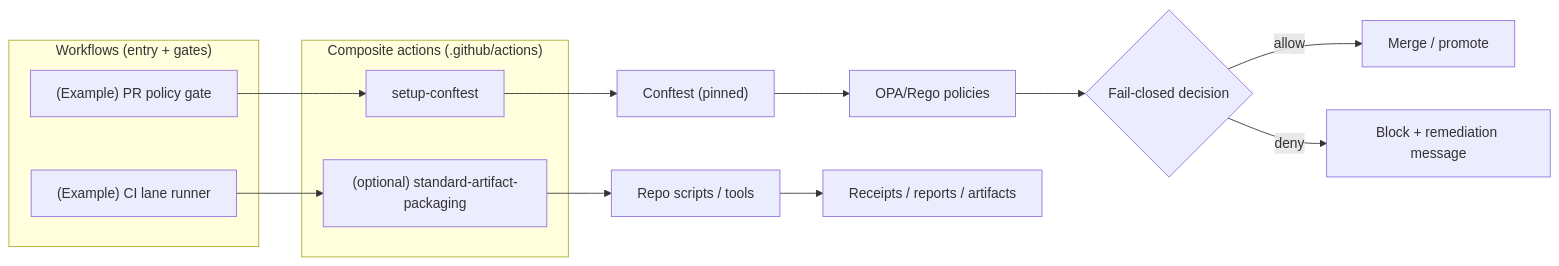
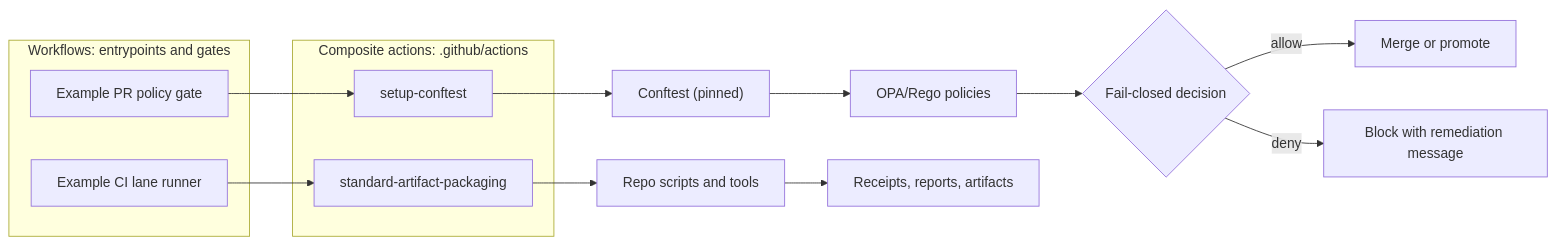
Before and after one commit to bartytime4life/Kansas-Frontier-Matrix: the diagram in .github/actions/README.md, drawn with Mermaid. The commit also changed other lines of this file, not shown here.

First line of the commit message:
Revise README.md for GitHub actions updates

````diff
--- a/.github/actions/README.md
+++ b/.github/actions/README.md
@@ -95,19 +99,19 @@
 ```mermaid
 flowchart LR
-  subgraph WF["Workflows (entry + gates)"]
-    W1["(Example) CI lane runner"]
-    W2["(Example) PR policy gate"]
+  subgraph WF["Workflows: entrypoints and gates"]
+    W1["Example CI lane runner"]
+    W2["Example PR policy gate"]
   end
 
-  subgraph ACT["Composite actions (.github/actions)"]
+  subgraph ACT["Composite actions: .github/actions"]
     A1["setup-conftest"]
-    A2["(optional) standard-artifact-packaging"]
+    A2["standard-artifact-packaging"]
   end
 
   W2 --> A1 --> T["Conftest (pinned)"] --> P["OPA/Rego policies"]
-  W1 --> A2 --> S["Repo scripts / tools"]
-  S --> R["Receipts / reports / artifacts"]
+  W1 --> A2 --> S["Repo scripts and tools"]
+  S --> R["Receipts, reports, artifacts"]
   P --> D{"Fail-closed decision"}
-  D -->|allow| M["Merge / promote"]
-  D -->|deny| B["Block + remediation message"]
+  D -- allow --> M["Merge or promote"]
+  D -- deny --> B["Block with remediation message"]
 ```
````
